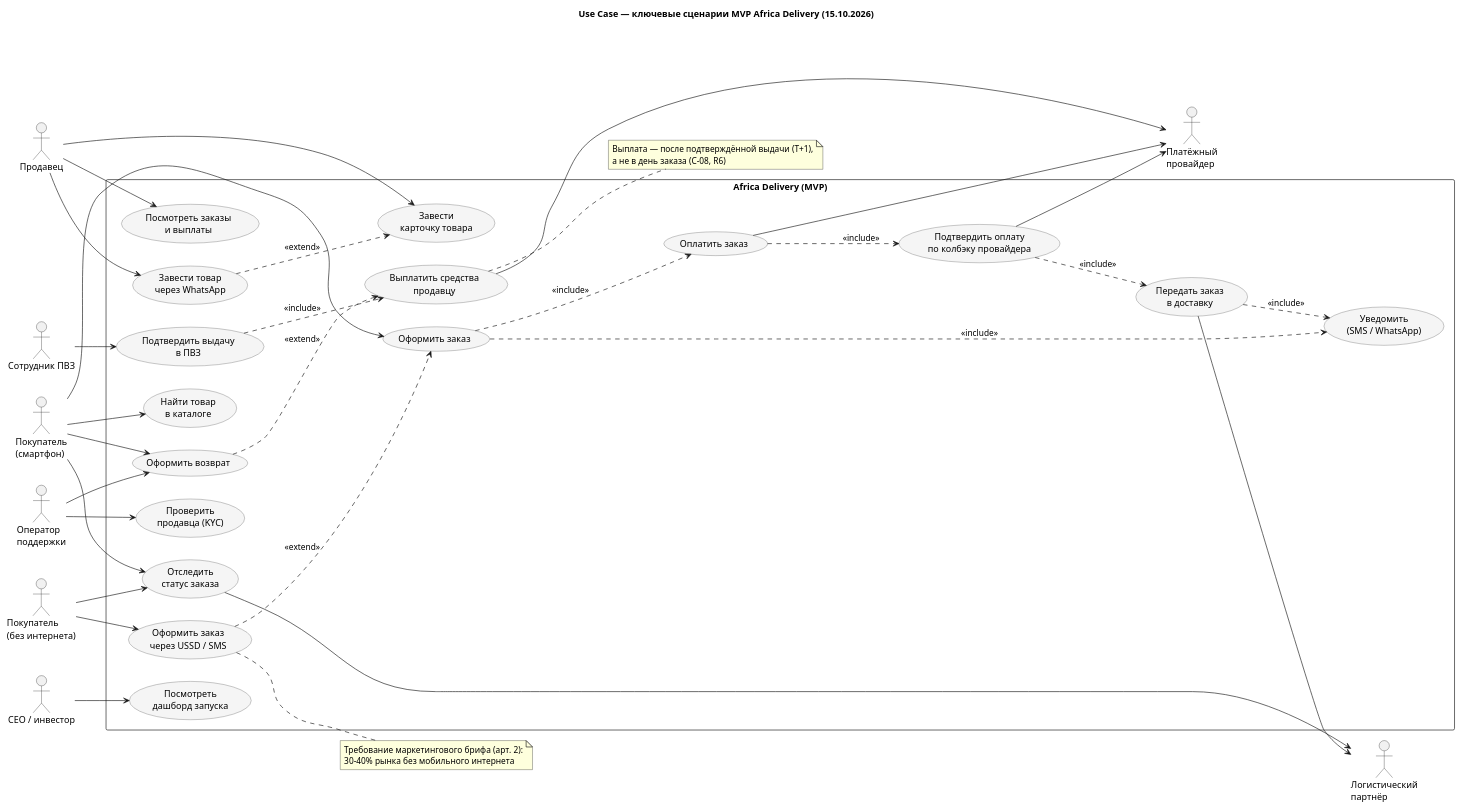
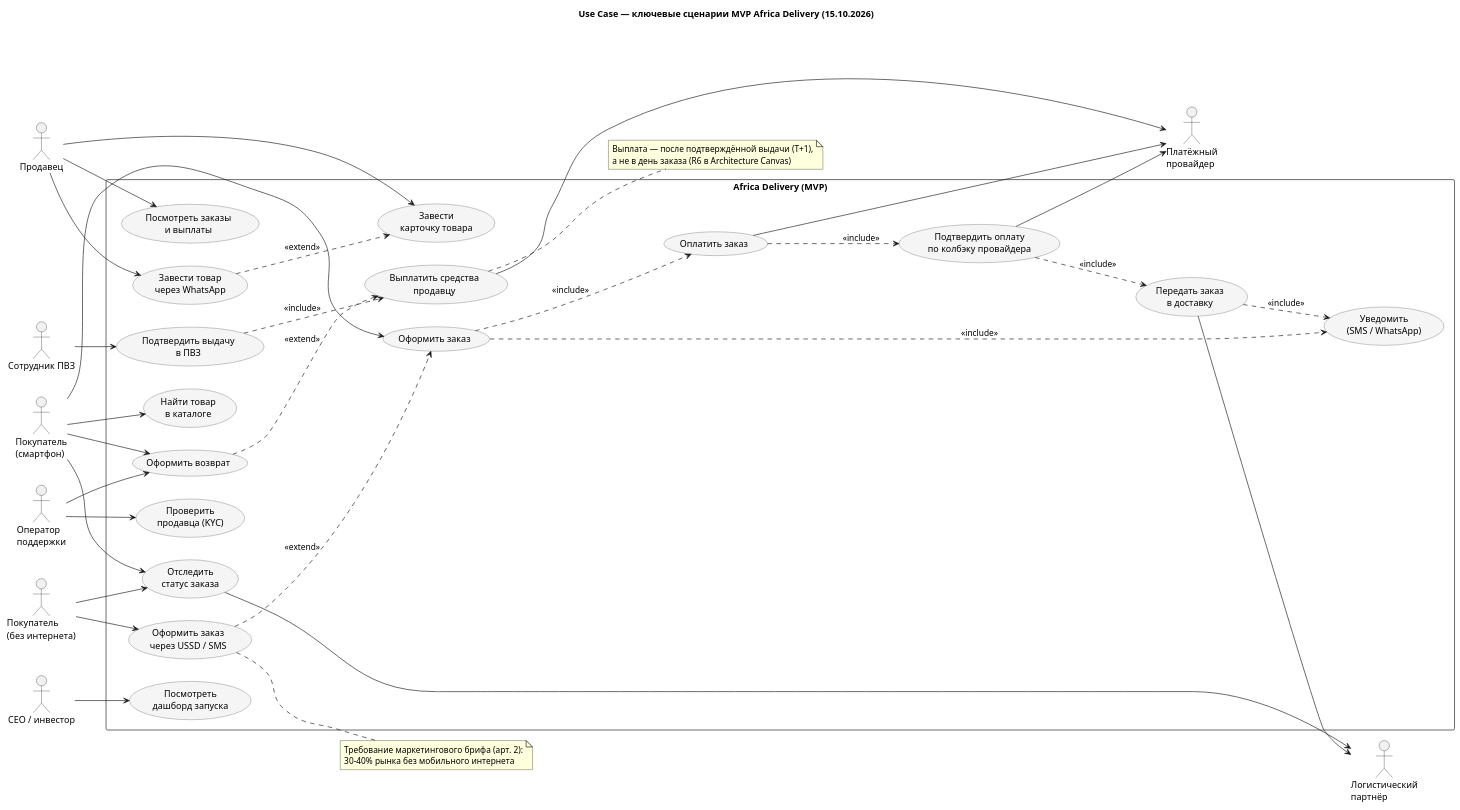
Before and after one commit to wan3s/Africa_Delivery: the diagram in Task2/use-cases.puml, drawn with PlantUML. The commit also changed 22 other files, not shown here.

```diff
--- a/Task2/use-cases.puml
+++ b/Task2/use-cases.puml
@@ -1,79 +1,79 @@
 @startuml use-cases
 title Use Case — ключевые сценарии MVP Africa Delivery (15.10.2026)
 
 skinparam defaultFontName "Helvetica"
 skinparam packageStyle rectangle
 skinparam usecase {
   BackgroundColor #F5F5F5
   BorderColor #555555
 }
 left to right direction
 
 actor "Покупатель\n(смартфон)" as Buyer
 actor "Покупатель\n(без интернета)" as Rural
 actor "Продавец" as Seller
 actor "Сотрудник ПВЗ" as Pickup
 actor "Оператор\nподдержки" as Support
 actor "CEO / инвестор" as Exec
 
 rectangle "Africa Delivery (MVP)" {
   usecase "Найти товар\nв каталоге" as UC1
   usecase "Оформить заказ" as UC2
   usecase "Оплатить заказ" as UC3
   usecase "Подтвердить оплату\nпо колбэку провайдера" as UC4
   usecase "Передать заказ\nв доставку" as UC5
   usecase "Отследить\nстатус заказа" as UC6
   usecase "Уведомить\n(SMS / WhatsApp)" as UC7
   usecase "Оформить заказ\nчерез USSD / SMS" as UC8
   usecase "Завести\nкарточку товара" as UC9
   usecase "Завести товар\nчерез WhatsApp" as UC10
   usecase "Посмотреть заказы\nи выплаты" as UC11
   usecase "Выплатить средства\nпродавцу" as UC12
   usecase "Подтвердить выдачу\nв ПВЗ" as UC13
   usecase "Оформить возврат" as UC14
   usecase "Проверить\nпродавца (KYC)" as UC15
   usecase "Посмотреть\nдашборд запуска" as UC16
 }
 
 actor "Платёжный\nпровайдер" as Pay
 actor "Логистический\nпартнёр" as Logi
 
 Buyer --> UC1
 Buyer --> UC2
 Buyer --> UC6
 Buyer --> UC14
 Rural --> UC8
 Rural --> UC6
 Seller --> UC9
 Seller --> UC10
 Seller --> UC11
 Pickup --> UC13
 Support --> UC15
 Support --> UC14
 Exec --> UC16
 
 UC2 ..> UC3 : <<include>>
 UC3 ..> UC4 : <<include>>
 UC4 ..> UC5 : <<include>>
 UC2 ..> UC7 : <<include>>
 UC5 ..> UC7 : <<include>>
 UC13 ..> UC12 : <<include>>
 UC8 ..> UC2 : <<extend>>
 UC10 ..> UC9 : <<extend>>
 UC14 ..> UC12 : <<extend>>
 
 UC3 --> Pay
 UC4 --> Pay
 UC12 --> Pay
 UC5 --> Logi
 UC6 --> Logi
 
 note right of UC12
   Выплата — после подтверждённой выдачи (T+1),
-  а не в день заказа (C-08, R6)
+  а не в день заказа (R6 в Architecture Canvas)
 end note
 note right of UC8
   Требование маркетингового брифа (арт. 2):
   30–40% рынка без мобильного интернета
 end note
 @enduml
```
